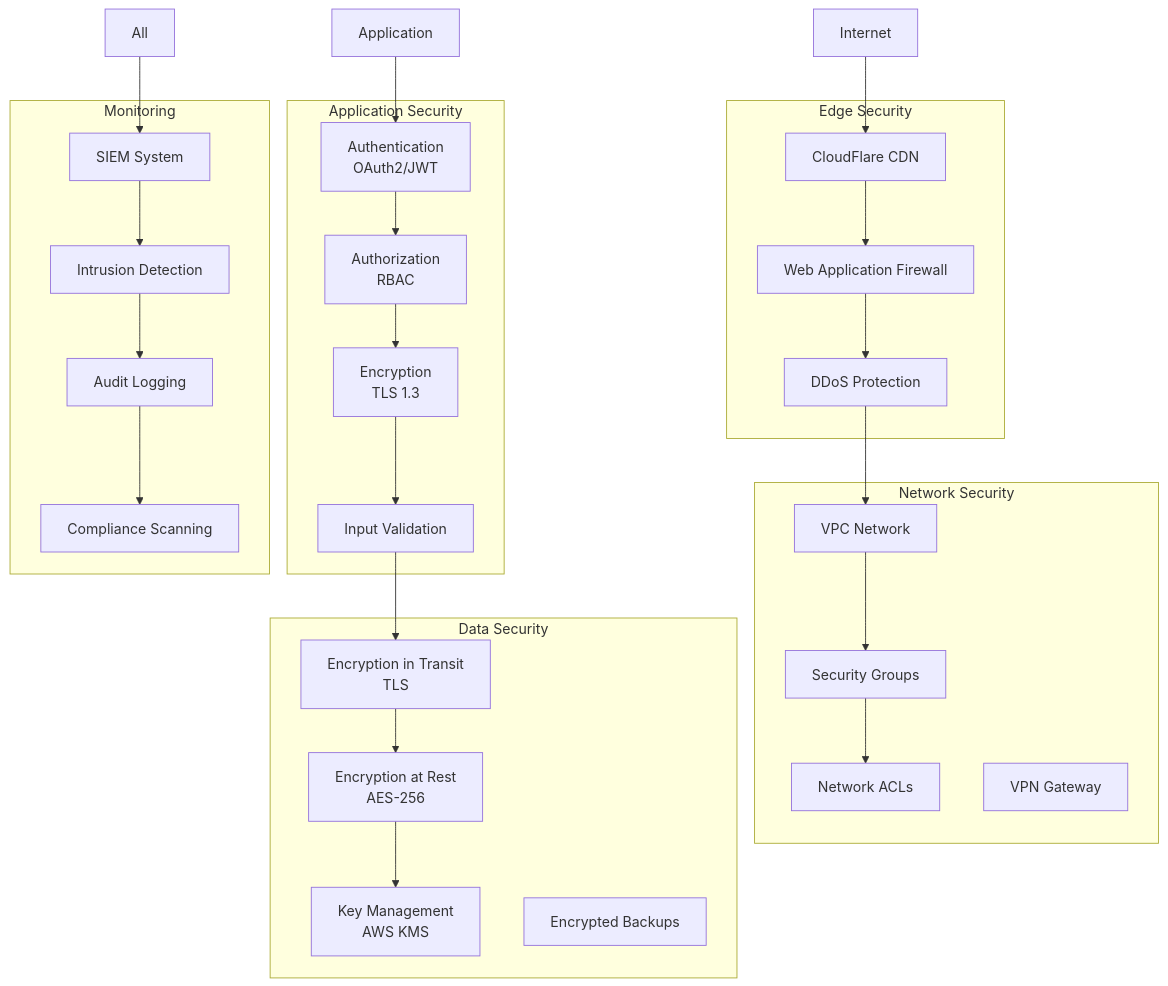
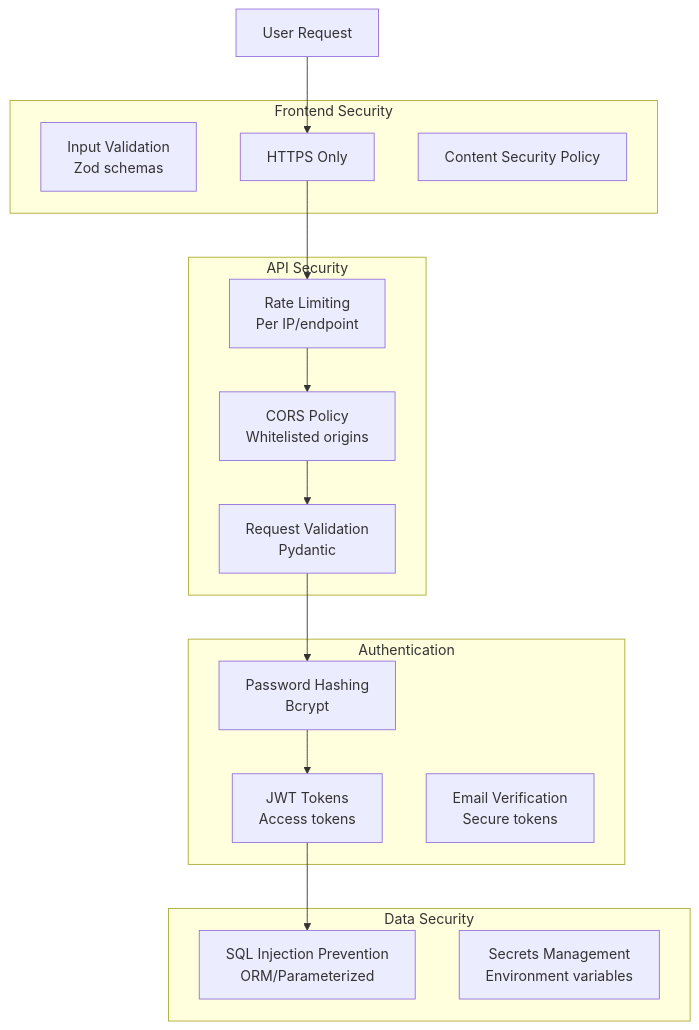
The sixth of 9 diagrams in proj2/docs/3-DESIGN/3.1-SAD/SAD-MASTER.md (Asoingbob225/CSC510), drawn with Mermaid before and after one commit. The commit also changed other lines of this file and 22 other files, not shown here.

````diff
--- a/proj2/docs/3-DESIGN/3.1-SAD/SAD-MASTER.md
+++ b/proj2/docs/3-DESIGN/3.1-SAD/SAD-MASTER.md
@@ -575,58 +417,33 @@
 ```mermaid
 graph TB
-    subgraph "Edge Security"
-        CDN[CloudFlare CDN]
-        WAF[Web Application Firewall]
-        DDoS[DDoS Protection]
+    subgraph "Frontend Security"
+        InputVal[Input Validation<br/>Zod schemas]
+        HTTPS[HTTPS Only]
+        CSP[Content Security Policy]
     end
-
-    subgraph "Network Security"
-        VPC[VPC Network]
-        SG[Security Groups]
-        NACLs[Network ACLs]
-        VPN[VPN Gateway]
+    
+    subgraph "API Security"
+        RateLimit[Rate Limiting<br/>Per IP/endpoint]
+        CORS[CORS Policy<br/>Whitelisted origins]
+        Validation[Request Validation<br/>Pydantic]
     end
-
-    subgraph "Application Security"
-        AuthN[Authentication<br/>OAuth2/JWT]
-        AuthZ[Authorization<br/>RBAC]
-        Encryption[Encryption<br/>TLS 1.3]
-        InputVal[Input Validation]
+    
+    subgraph "Authentication"
+        Password[Password Hashing<br/>Bcrypt]
+        JWT[JWT Tokens<br/>Access tokens]
+        EmailVerify[Email Verification<br/>Secure tokens]
     end
-
+    
     subgraph "Data Security"
-        EncRest[Encryption at Rest<br/>AES-256]
-        EncTransit[Encryption in Transit<br/>TLS]
-        KeyMgmt[Key Management<br/>AWS KMS]
-        Backup[Encrypted Backups]
+        SQLInject[SQL Injection Prevention<br/>ORM/Parameterized]
+        Secrets[Secrets Management<br/>Environment variables]
     end
-
-    subgraph "Monitoring"
-        SIEM[SIEM System]
-        IDS[Intrusion Detection]
-        Audit[Audit Logging]
-        Compliance[Compliance Scanning]
-    end
-
-    Internet --> CDN
-    CDN --> WAF
-    WAF --> DDoS
-    DDoS --> VPC
-
-    VPC --> SG
-    SG --> NACLs
-
-    App[Application] --> AuthN
-    AuthN --> AuthZ
-    AuthZ --> Encryption
-    Encryption --> InputVal
-
-    InputVal --> EncTransit
-    EncTransit --> EncRest
-    EncRest --> KeyMgmt
-
-    All --> SIEM
-    SIEM --> IDS
-    IDS --> Audit
-    Audit --> Compliance
+    
+    Request[User Request] --> HTTPS
+    HTTPS --> RateLimit
+    RateLimit --> CORS
+    CORS --> Validation
+    Validation --> Password
+    Password --> JWT
+    JWT --> SQLInject
 ```
````
